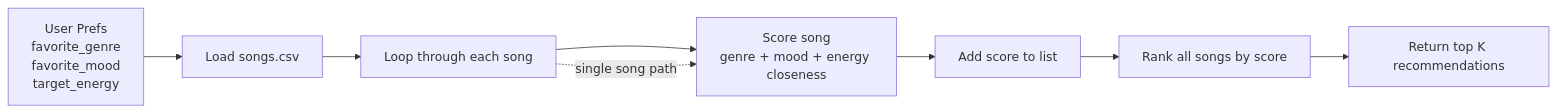
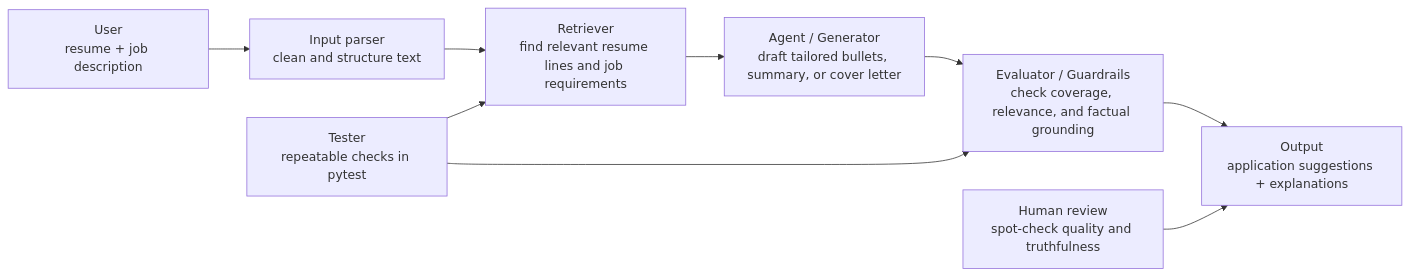
Before and after one commit to HeetJani123/applied-ai-system-project: the diagram in README.md, drawn with Mermaid. The commit also changed other lines of this file and 3 other files, not shown here.

Commit message:
Refactor project from Music Recommender Simulation to Job Application Copilot; update README, main logic, and recommender functions for application analysis

````diff
--- a/README.md
+++ b/README.md
@@ -32,11 +23,12 @@
 ```mermaid
 flowchart LR
-   A[User Prefs<br/>favorite_genre<br/>favorite_mood<br/>target_energy] --> B[Load songs.csv]
-   B --> C[Loop through each song]
-   C --> D[Score song<br/>genre + mood + energy closeness]
-   D --> E[Add score to list]
-   E --> F[Rank all songs by score]
-   F --> G[Return top K recommendations]
+    U[User<br/>resume + job description] --> P[Input parser<br/>clean and structure text]
+    P --> R[Retriever<br/>find relevant resume lines and job requirements]
+    R --> A[Agent / Generator<br/>draft tailored bullets, summary, or cover letter]
+    A --> E[Evaluator / Guardrails<br/>check coverage, relevance, and factual grounding]
+    E --> O[Output<br/>application suggestions + explanations]
 
-   C -. single song path .-> D
-  ```
+    T[Tester<br/>repeatable checks in pytest] --> R
+    T --> E
+    H[Human review<br/>spot-check quality and truthfulness] --> O
+```
````
